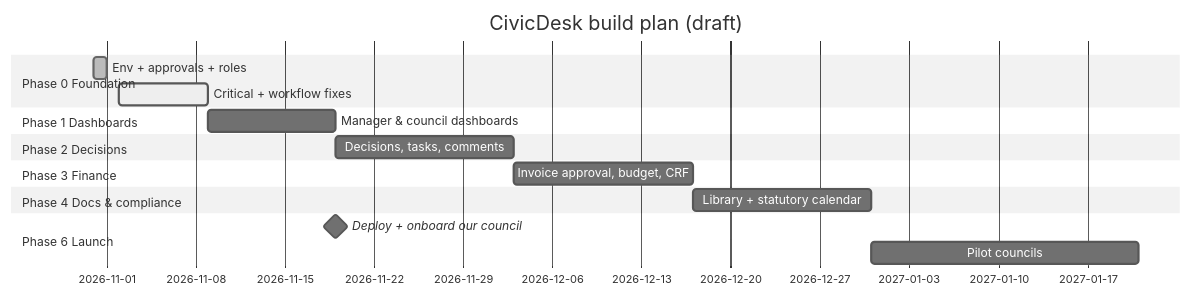
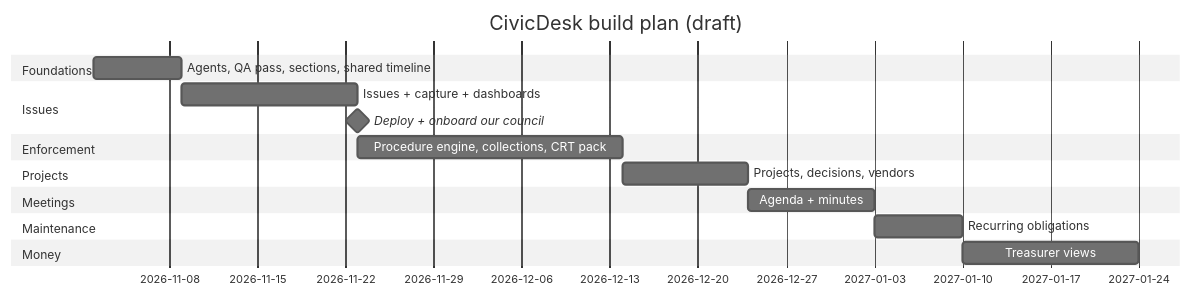
One commit to tuxsisir/aiproj changed the diagram in docs/PLAN.md. Above: the diagram before and after it, drawn with Mermaid (neutral theme). The commit also changed other lines of this file and 1 other file, not shown here.

````diff
--- a/docs/PLAN.md
+++ b/docs/PLAN.md
@@ -109,19 +120,20 @@
 ```mermaid
 gantt
     title CivicDesk build plan (draft)
     dateFormat YYYY-MM-DD
-    section Phase 0 Foundation
-    Env + approvals + roles        :done,    p0a, 2026-10-31, 1d
-    Critical + workflow fixes      :active,  p0b, 2026-11-02, 7d
-    section Phase 1 Dashboards
-    Manager & council dashboards   :         p1,  after p0b, 10d
-    section Phase 2 Decisions
-    Decisions, tasks, comments     :         p2,  after p1, 14d
-    section Phase 3 Finance
-    Invoice approval, budget, CRF  :         p3,  after p2, 14d
-    section Phase 4 Docs & compliance
-    Library + statutory calendar   :         p4,  after p3, 14d
-    section Phase 6 Launch
-    Deploy + onboard our council   :milestone, m1, after p1, 0d
-    Pilot councils                 :         p6,  after p4, 21d
+    section Foundations
+    Agents, QA pass, sections, shared timeline :p1, 2026-11-02, 7d
+    section Issues
+    Issues + capture + dashboards             :p2, after p1, 14d
+    Deploy + onboard our council              :milestone, m1, after p2, 0d
+    section Enforcement
+    Procedure engine, collections, CRT pack   :p3, after p2, 21d
+    section Projects
+    Projects, decisions, vendors              :p4, after p3, 10d
+    section Meetings
+    Agenda + minutes                          :p5, after p4, 10d
+    section Maintenance
+    Recurring obligations                     :p6, after p5, 7d
+    section Money
+    Treasurer views                           :p7, after p6, 14d
 ```
````
